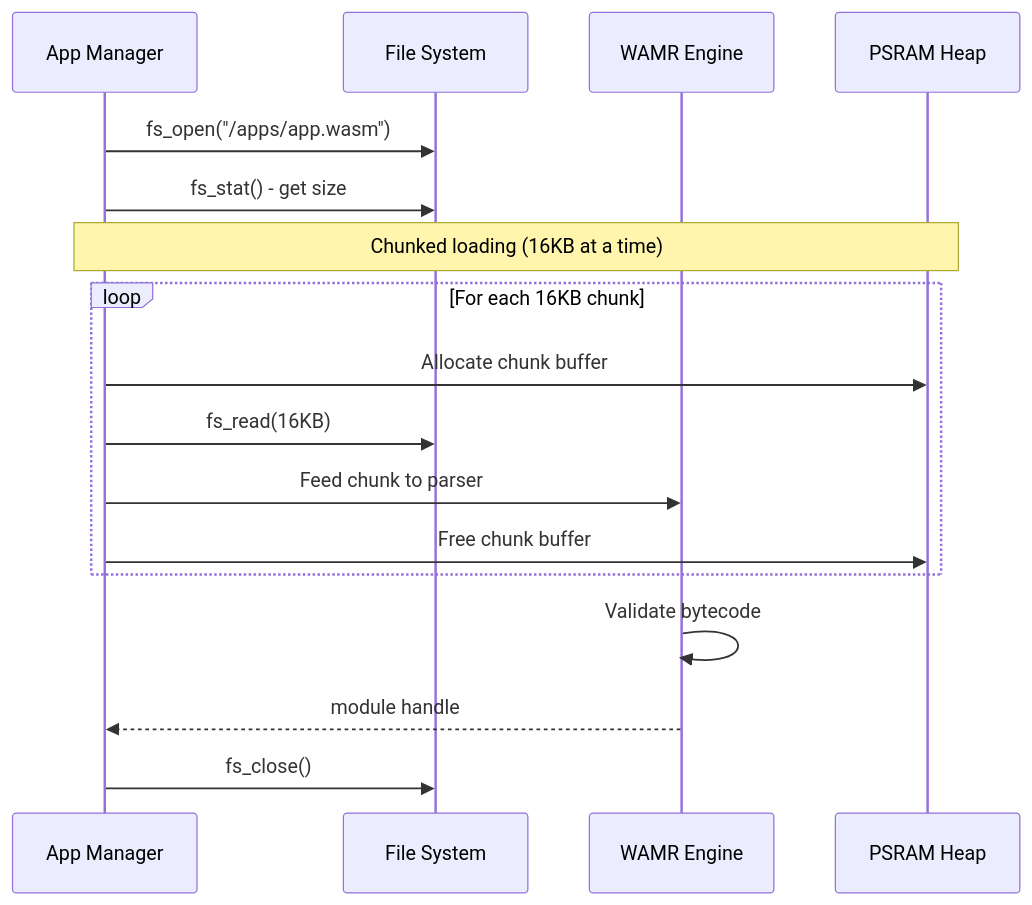
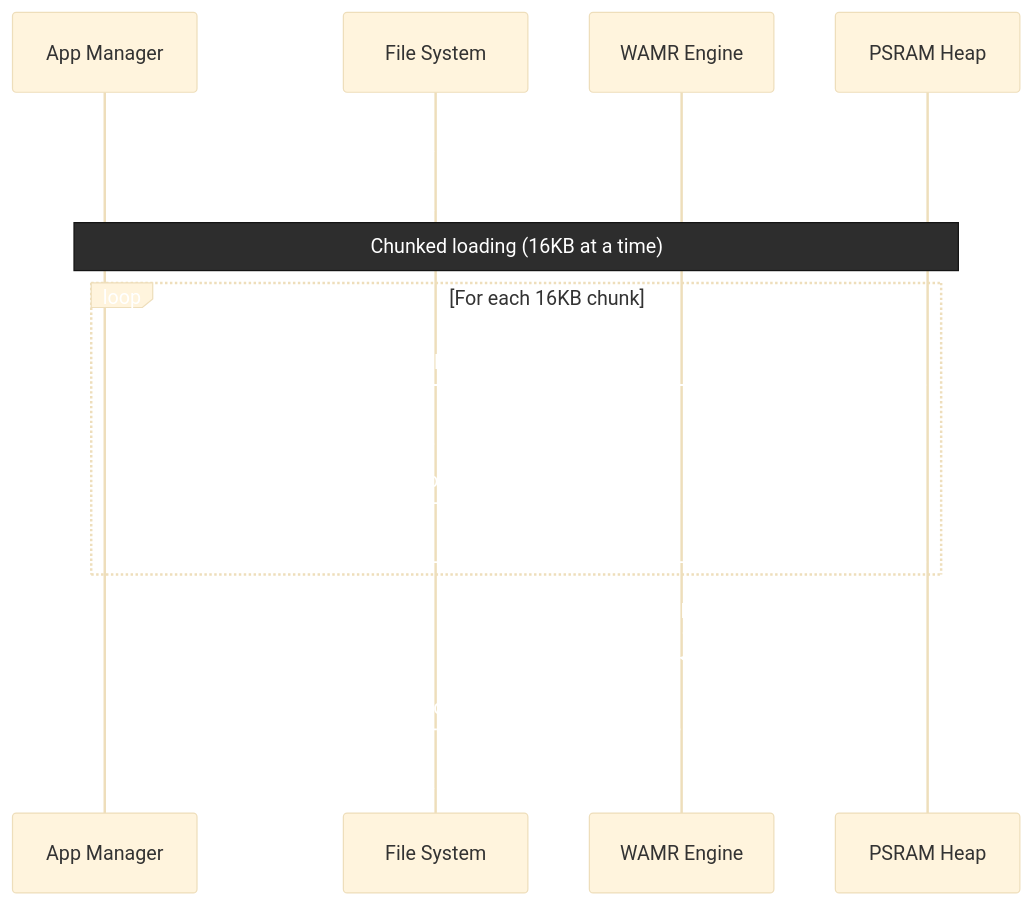
Before and after one commit to clythersHackers/AkiraOS: the second of 3 diagrams in docs/architecture/runtime.md, drawn with Mermaid.

Commit message:
changed font color for chart in runtime docs

````diff
--- a/docs/architecture/runtime.md
+++ b/docs/architecture/runtime.md
@@ -133,23 +133,24 @@
 ```mermaid
+%%{init: {'theme': 'base', 'themeVariables': {'signalColor': '#ffffff', 'signalTextColor': '#ffffff', 'labelTextColor': '#ffffff', 'noteBkgColor': '#2d2d2d', 'noteTextColor': '#ffffff', 'activationBkgColor': '#4A90E2', 'sequenceNumberColor': '#ffffff'}}}%%
 sequenceDiagram
     participant APP as App Manager
     participant FS as File System
     participant WAMR as WAMR Engine
     participant PSRAM as PSRAM Heap
 
     APP->>FS: fs_open("/apps/app.wasm")
     APP->>FS: fs_stat() - get size
     
     Note over APP,PSRAM: Chunked loading (16KB at a time)
     
     loop For each 16KB chunk
         APP->>PSRAM: Allocate chunk buffer
         APP->>FS: fs_read(16KB)
         APP->>WAMR: Feed chunk to parser
         APP->>PSRAM: Free chunk buffer
     end
     
     WAMR->>WAMR: Validate bytecode
     WAMR-->>APP: module handle
     APP->>FS: fs_close()
 ```
````
